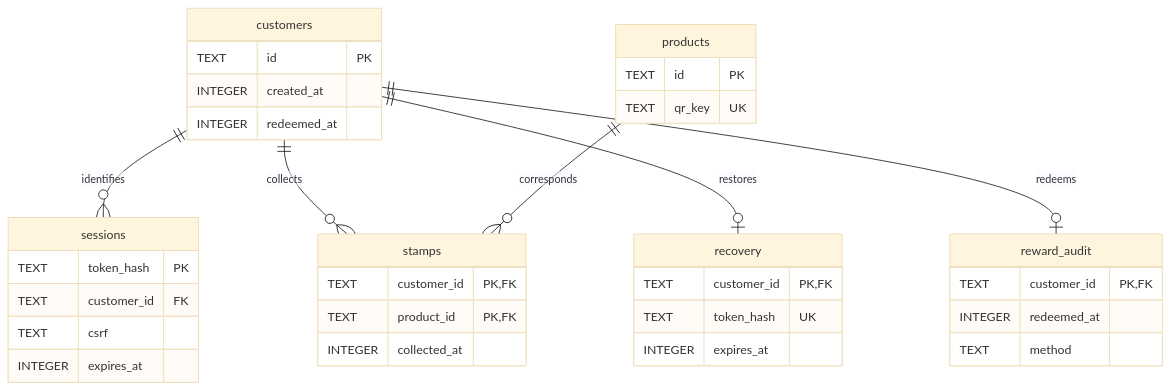
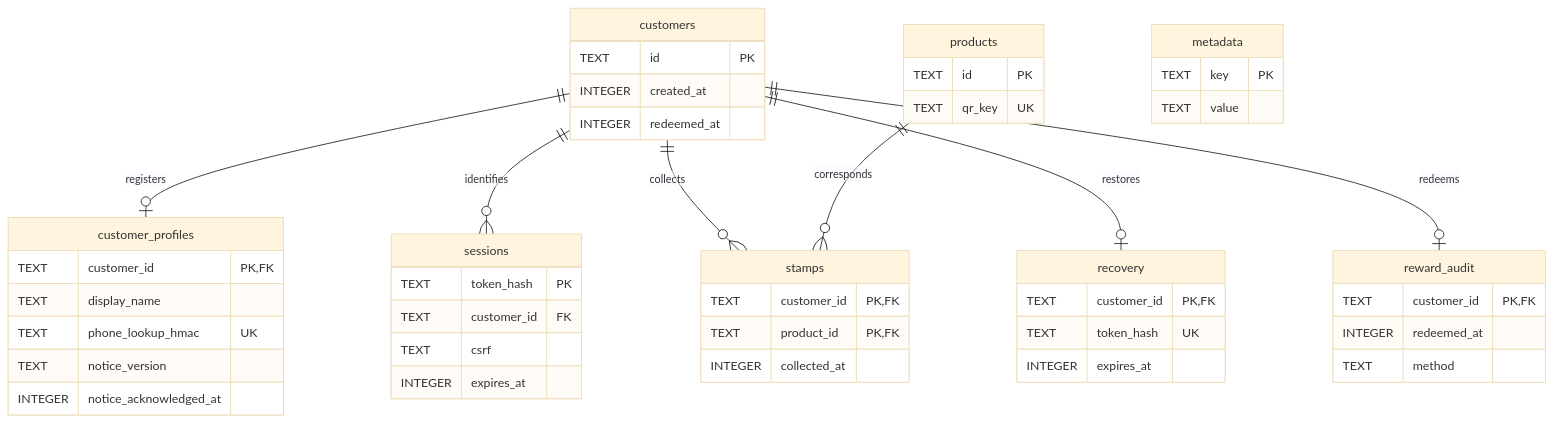
The third of 3 diagrams in README.md (nuyhsp02/maison-de-gourmet-stamp), drawn with Mermaid (base theme) before and after one commit. The commit also changed other lines of this file and 26 other files, not shown here.

````diff
--- a/README.md
+++ b/README.md
@@ -65,38 +84,50 @@
 ```mermaid
 erDiagram
+    customers ||--o| customer_profiles : registers
     customers ||--o{ sessions : identifies
     customers ||--o{ stamps : collects
     products ||--o{ stamps : corresponds
     customers ||--o| recovery : restores
     customers ||--o| reward_audit : redeems
     customers {
         TEXT id PK
         INTEGER created_at
         INTEGER redeemed_at
+    }
+    customer_profiles {
+        TEXT customer_id PK,FK
+        TEXT display_name
+        TEXT phone_lookup_hmac UK
+        TEXT notice_version
+        INTEGER notice_acknowledged_at
+    }
+    metadata {
+        TEXT key PK
+        TEXT value
     }
     products {
         TEXT id PK
         TEXT qr_key UK
     }
     sessions {
         TEXT token_hash PK
         TEXT customer_id FK
         TEXT csrf
         INTEGER expires_at
     }
     stamps {
         TEXT customer_id PK,FK
         TEXT product_id PK,FK
         INTEGER collected_at
     }
     recovery {
         TEXT customer_id PK,FK
         TEXT token_hash UK
         INTEGER expires_at
     }
     reward_audit {
         TEXT customer_id PK,FK
         INTEGER redeemed_at
         TEXT method
     }
 ```
````
